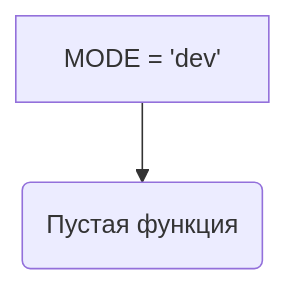
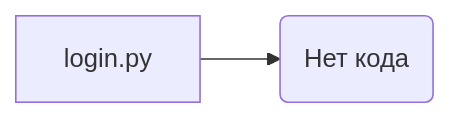
The diagram in docs/gemini/ru/explainer/src/suppliers/ebay/login.md (hypo69/hypo), drawn with Mermaid before and after one commit. The commit also changed other lines of this file and 468 other files, not shown here.

````diff
--- a/docs/gemini/ru/explainer/src/suppliers/ebay/login.md
+++ b/docs/gemini/ru/explainer/src/suppliers/ebay/login.md
@@ -59,4 +60,4 @@
 ```mermaid
-graph TD
-    A[MODE = 'dev'] --> B(Пустая функция);
+graph LR
+    A[login.py] --> B(Нет кода);
 ```
````
